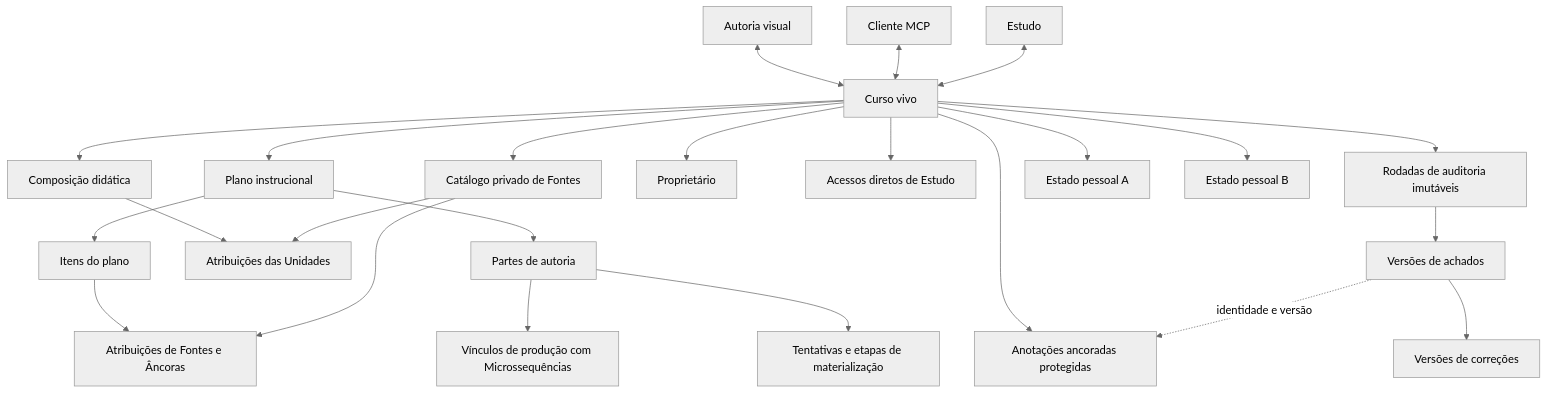
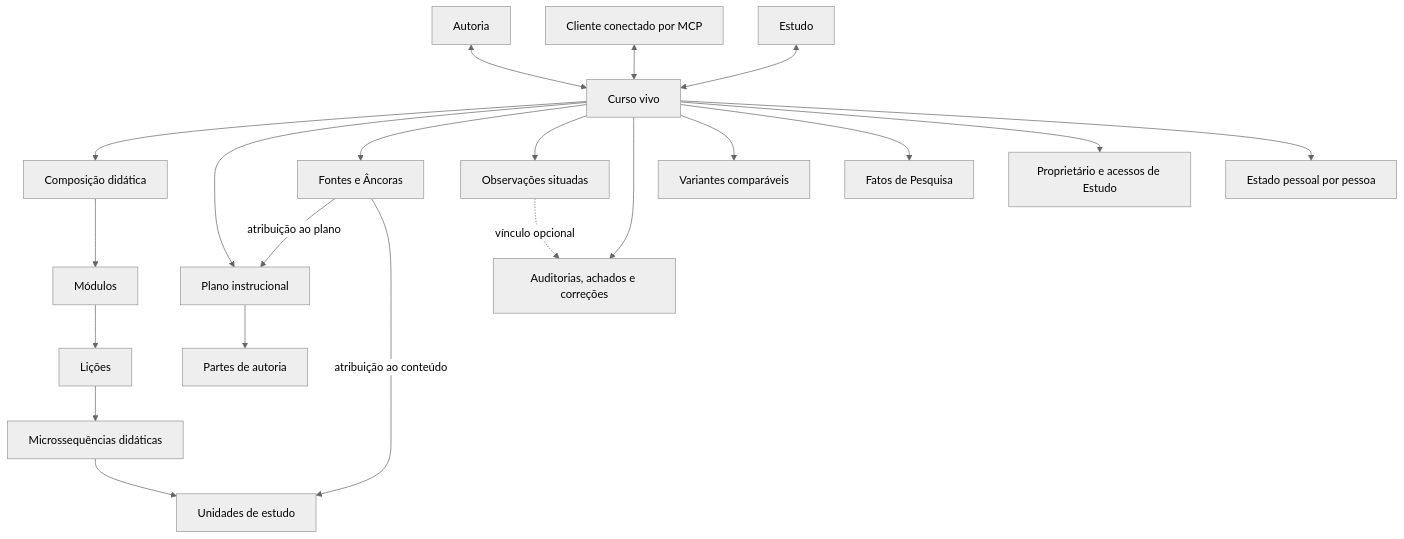
The first of 2 diagrams in docs/estado-atual-e-roadmap.md (fabio-ara/AraLearn), drawn with Mermaid (neutral theme) before and after one commit. The commit also changed other lines of this file and 614 other files, not shown here.

Commit message:
Consolida a Autoria centrada no Curso na versão 0.0.23

````diff
--- a/docs/estado-atual-e-roadmap.md
+++ b/docs/estado-atual-e-roadmap.md
@@ -53,26 +63,23 @@
 ```mermaid
 flowchart TD
     C[Curso vivo] --> H[Composição didática]
+    H --> MO[Módulos]
+    MO --> LI[Lições]
+    LI --> MI[Microssequências didáticas]
+    MI --> U[Unidades de estudo]
     C --> P[Plano instrucional]
-    P --> I[Itens do plano]
-    I --> F[Atribuições de Fontes e Âncoras]
-    H --> FU[Atribuições das Unidades]
-    C --> FC[Catálogo privado de Fontes]
-    FC --> F
-    FC --> FU
     P --> PA[Partes de autoria]
-    PA --> L[Vínculos de produção com Microssequências]
-    PA --> M[Tentativas e etapas de materialização]
-    C --> O[Proprietário]
-    C --> A[Acessos diretos de Estudo]
-    C --> AN[Anotações ancoradas protegidas]
-    C --> AR[Rodadas de auditoria imutáveis]
-    AR --> AF[Versões de achados]
-    AF --> AC[Versões de correções]
-    AF -. identidade e versão .-> AN
-    C --> S1[Estado pessoal A]
-    C --> S2[Estado pessoal B]
-    AU[Autoria visual] <--> C
-    MCP[Cliente MCP] <--> C
+    C --> F[Fontes e Âncoras]
+    F -->|atribuição ao plano| P
+    F -->|atribuição ao conteúdo| U
+    C --> O[Observações situadas]
+    C --> A[Auditorias, achados e correções]
+    O -. vínculo opcional .-> A
+    C --> V[Variantes comparáveis]
+    C --> R[Fatos de Pesquisa]
+    C --> PE[Proprietário e acessos de Estudo]
+    C --> ES[Estado pessoal por pessoa]
+    AU[Autoria] <--> C
+    MCP[Cliente conectado por MCP] <--> C
     E[Estudo] <--> C
 ```
````
